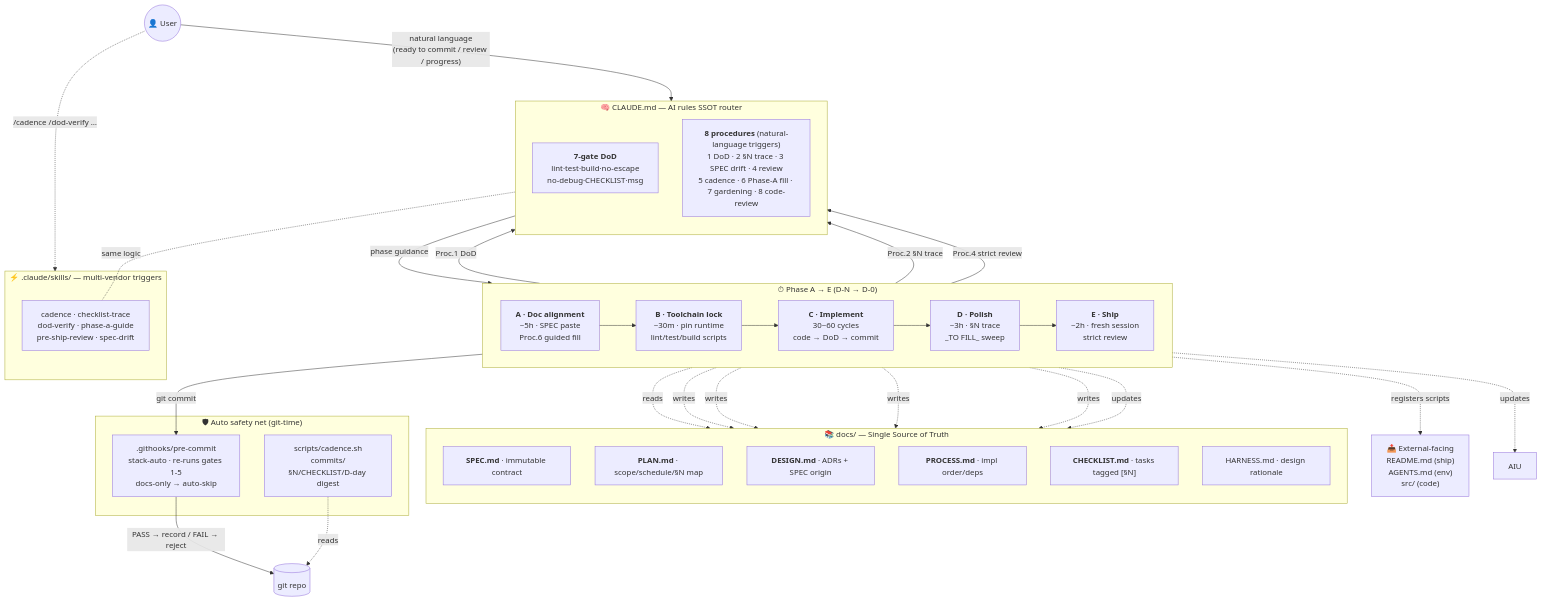
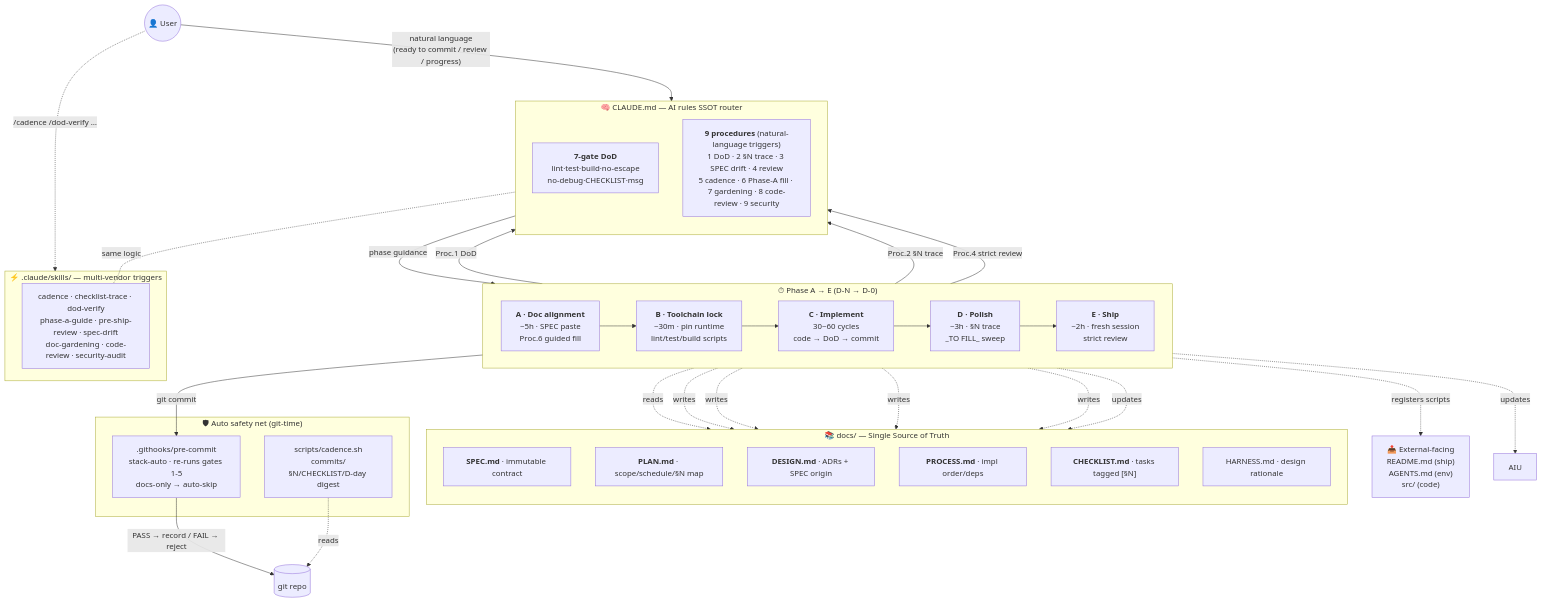
Before and after one commit to JayKim88/craft-kit: the first of 4 diagrams in docs/OVERVIEW.md, drawn with Mermaid. The commit also changed other lines of this file and 8 other files, not shown here.

First line of the commit message:
feat(kit): add procedure 9 security audit with Phase E auto-run [§-]

````diff
--- a/docs/OVERVIEW.md
+++ b/docs/OVERVIEW.md
@@ -10,62 +10,62 @@
 ```mermaid
 flowchart TB
     User((👤 User))
 
     subgraph TIME["⏱ Phase A → E (D-N → D-0)"]
       direction LR
       PA["<b>A · Doc alignment</b><br/>~5h · SPEC paste<br/>Proc.6 guided fill"]
       PB["<b>B · Toolchain lock</b><br/>~30m · pin runtime<br/>lint/test/build scripts"]
       PC["<b>C · Implement</b><br/>30~60 cycles<br/>code → DoD → commit"]
       PD["<b>D · Polish</b><br/>~3h · §N trace<br/>_TO FILL_ sweep"]
       PE["<b>E · Ship</b><br/>~2h · fresh session<br/>strict review"]
       PA --> PB --> PC --> PD --> PE
     end
 
     subgraph BRAIN["🧠 CLAUDE.md — AI rules SSOT router"]
       direction TB
       DOD["<b>7-gate DoD</b><br/>lint·test·build·no-escape<br/>no-debug·CHECKLIST·msg"]
-      PROCS["<b>8 procedures</b> (natural-language triggers)<br/>1 DoD · 2 §N trace · 3 SPEC drift · 4 review<br/>5 cadence · 6 Phase-A fill · 7 gardening · 8 code-review"]
+      PROCS["<b>9 procedures</b> (natural-language triggers)<br/>1 DoD · 2 §N trace · 3 SPEC drift · 4 review<br/>5 cadence · 6 Phase-A fill · 7 gardening · 8 code-review · 9 security"]
     end
 
     subgraph DOCS["📚 docs/ — Single Source of Truth"]
       direction TB
       SPEC["<b>SPEC.md</b> · immutable contract"]
       PLAN["<b>PLAN.md</b> · scope/schedule/§N map"]
       DESIGN["<b>DESIGN.md</b> · ADRs + SPEC origin"]
       PROCESS["<b>PROCESS.md</b> · impl order/deps"]
       CHECK["<b>CHECKLIST.md</b> · tasks tagged [§N]"]
       HARN["HARNESS.md · design rationale"]
     end
 
     subgraph SKILLS["⚡ .claude/skills/ — multi-vendor triggers"]
-      SK["cadence · checklist-trace<br/>dod-verify · phase-a-guide<br/>pre-ship-review · spec-drift"]
+      SK["cadence · checklist-trace · dod-verify<br/>phase-a-guide · pre-ship-review · spec-drift<br/>doc-gardening · code-review · security-audit"]
     end
 
     subgraph GUARD["🛡 Auto safety net (git-time)"]
       HOOK[".githooks/pre-commit<br/>stack-auto · re-runs gates 1-5<br/>docs-only → auto-skip"]
       CAD["scripts/cadence.sh<br/>commits/§N/CHECKLIST/D-day digest"]
     end
 
     OUT["📤 External-facing<br/>README.md (ship)<br/>AGENTS.md (env)<br/>src/ (code)"]
 
     User -- "natural language<br/>(ready to commit / review / progress)" --> BRAIN
     BRAIN -- "phase guidance" --> TIME
 
     PA -. reads .-> SPEC
     PA -. writes .-> PLAN
     PA -. writes .-> DESIGN
     PA -. writes .-> PROCESS
     PA -. writes .-> CHECK
     PB -. registers scripts .-> OUT
     PC -- "Proc.1 DoD" --> DOD
     PC -. updates .-> CHECK
     PC -. updates .-> AIU
     PC -- "git commit" --> HOOK
     PD -- "Proc.2 §N trace" --> PROCS
     PE -- "Proc.4 strict review" --> PROCS
 
     PROCS -. same logic .- SK
     HOOK -- "PASS → record / FAIL → reject" --> GIT[(git repo)]
     CAD -. reads .-> GIT
     User -. "/cadence /dod-verify …" .-> SKILLS
 ```
````
